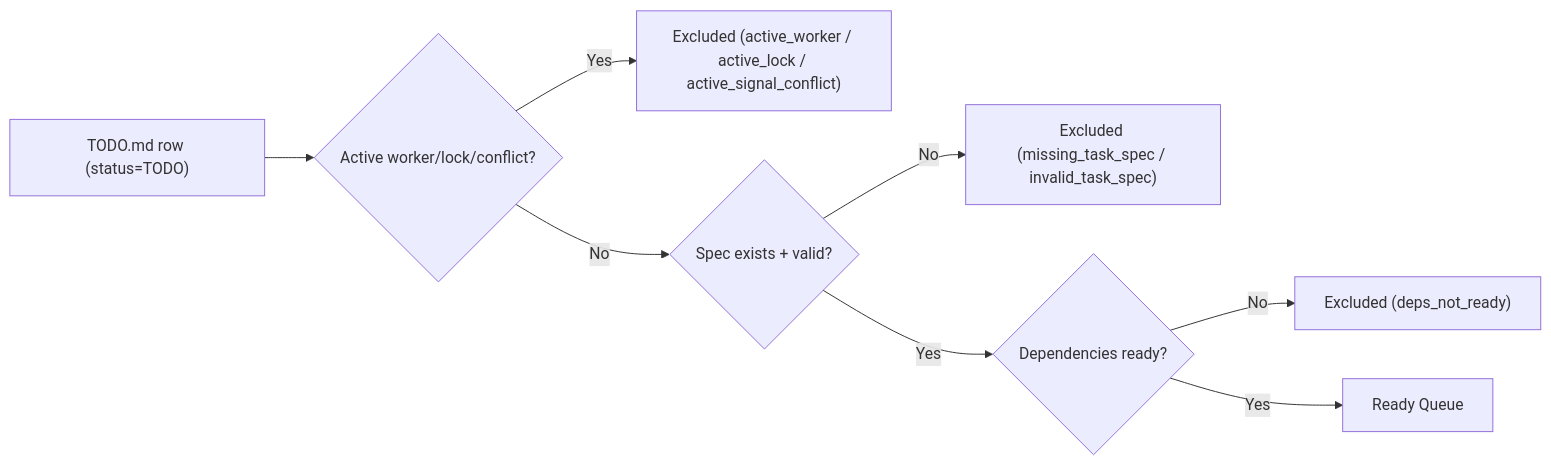
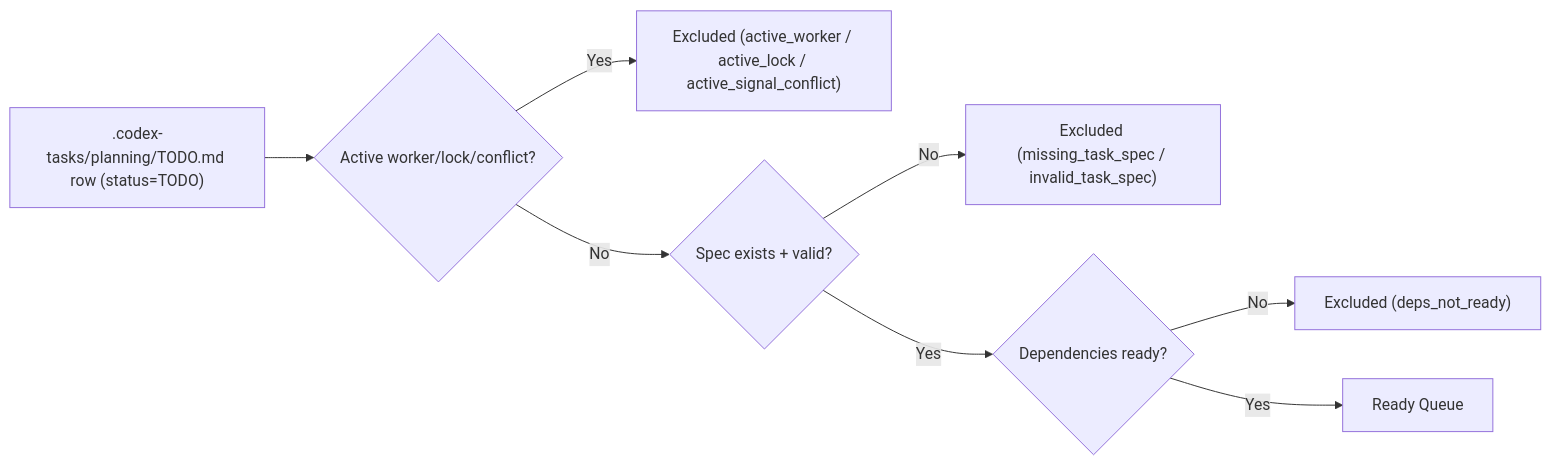
The first of 2 diagrams in README.md (jaycho46/codex-tasks), drawn with Mermaid before and after one commit. The commit also changed other lines of this file and 36 other files, not shown here.

Commit message:
refactor: align state/planning flow with .codex-tasks

````diff
--- a/README.md
+++ b/README.md
@@ -130,10 +142,10 @@
 ```mermaid
 flowchart LR
-  A["TODO.md row (status=TODO)"] --> C{"Active worker/lock/conflict?"}
+  A[".codex-tasks/planning/TODO.md row (status=TODO)"] --> C{"Active worker/lock/conflict?"}
   C -- "Yes" --> E["Excluded (active_worker / active_lock / active_signal_conflict)"]
   C -- "No" --> G{"Spec exists + valid?"}
   G -- "No" --> H["Excluded (missing_task_spec / invalid_task_spec)"]
   G -- "Yes" --> I{"Dependencies ready?"}
   I -- "No" --> J["Excluded (deps_not_ready)"]
   I -- "Yes" --> K["Ready Queue"]
 ```
````
